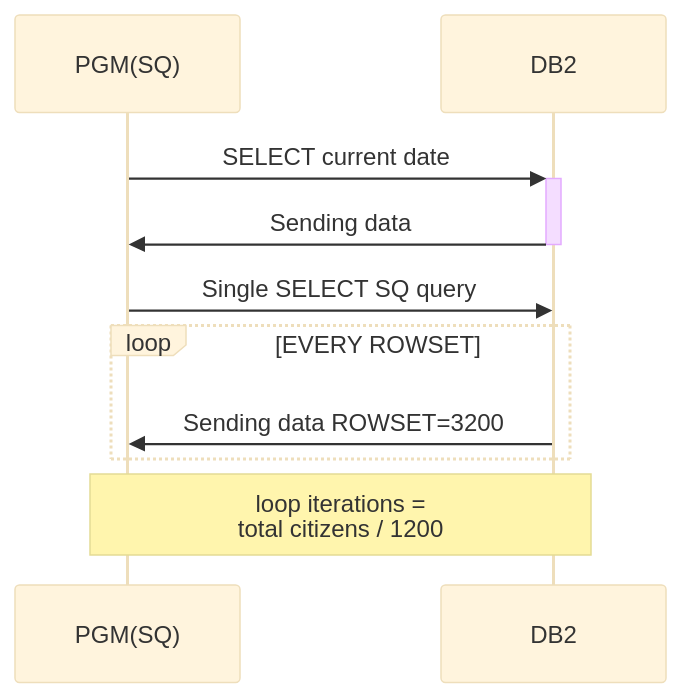
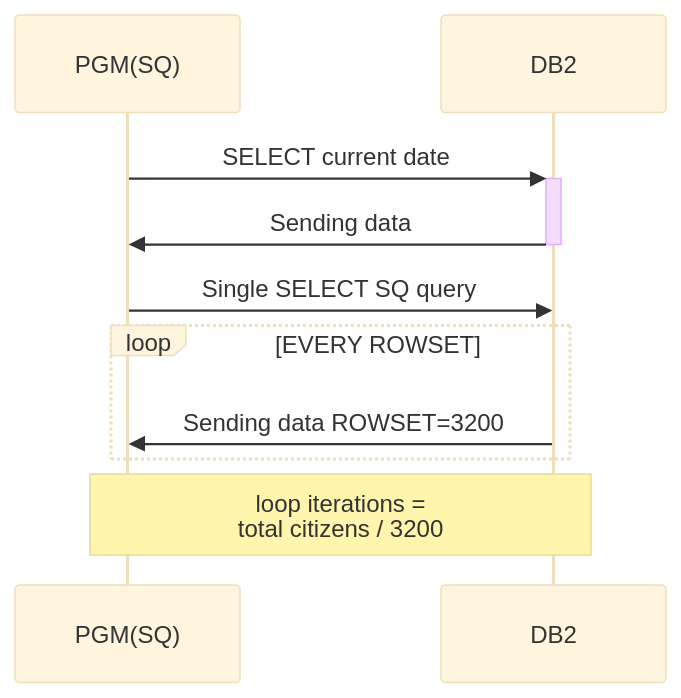
Before and after one commit to pak-center/ncitizen: the first of 2 diagrams in README.md, drawn with Mermaid (base theme).

Commit message:
diagram fix

````diff
--- a/README.md
+++ b/README.md
@@ -60,10 +60,10 @@
 ```mermaid
 sequenceDiagram
     PGM(SQ)->>+DB2: SELECT current date
     DB2->>-PGM(SQ): Sending data
     PGM(SQ)->>DB2: Single SELECT SQ query
     loop EVERY ROWSET
         DB2->>PGM(SQ): Sending data ROWSET=3200
     end
-    Note over PGM(SQ),DB2:loop iterations = <br/> total citizens / 1200
+    Note over PGM(SQ),DB2:loop iterations = <br/> total citizens / 3200
 ```
````
